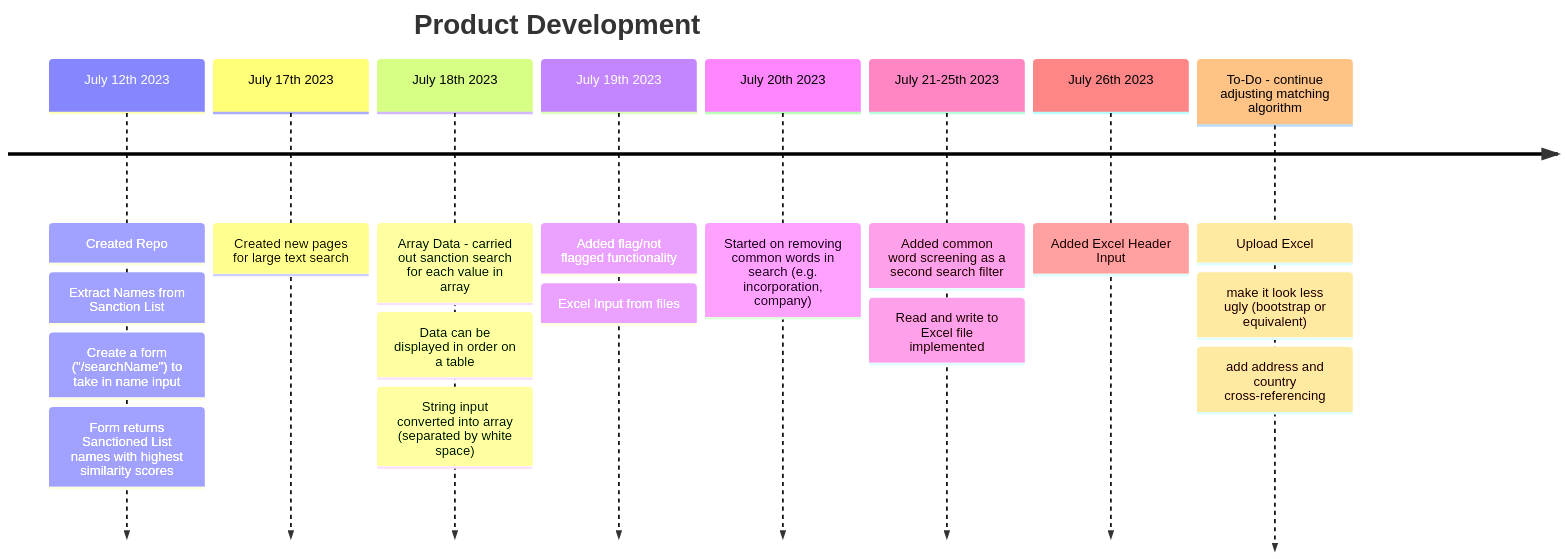
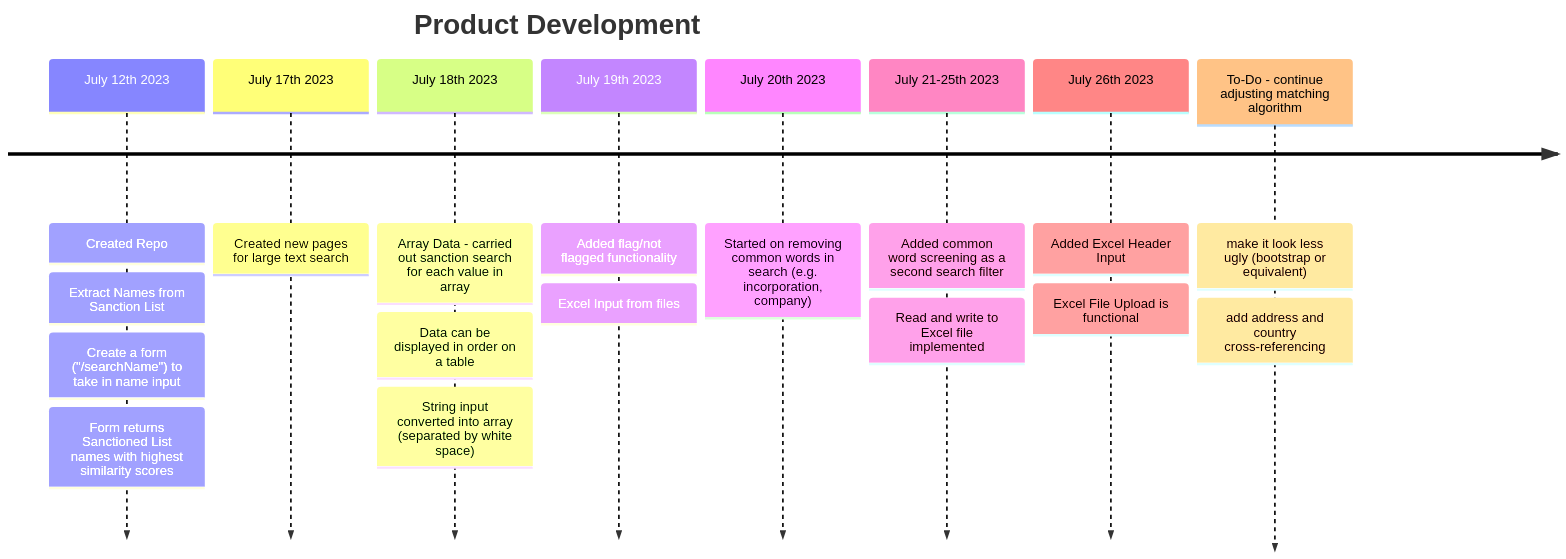
The diagram in README.md (james-csy/sanctionlistchecker), drawn with Mermaid before and after one commit.

````diff
--- a/README.md
+++ b/README.md
@@ -6,12 +6,12 @@
 ```mermaid
 timeline
     title Product Development
     July 12th 2023: Created Repo: Extract Names from Sanction List: Create a form ("/searchName") to take in name input: Form returns Sanctioned List names with highest similarity scores
     July 17th 2023: Created new pages for large text search
     July 18th 2023: Array Data - carried out sanction search for each value in array: Data can be displayed in order on a table: String input converted into array (separated by white space)
     July 19th 2023: Added flag/not flagged functionality: Excel Input from files
     July 20th 2023: Started on removing common words in search (e.g. incorporation, company)
     July 21-25th 2023: Added common word screening as a second search filter: Read and write to Excel file implemented
-    July 26th 2023: Added Excel Header Input
-    To-Do - continue adjusting matching algorithm: Upload Excel: make it look less ugly (bootstrap or equivalent): add address and country cross-referencing
+    July 26th 2023: Added Excel Header Input: Excel File Upload is functional
+    To-Do - continue adjusting matching algorithm: make it look less ugly (bootstrap or equivalent): add address and country cross-referencing
 ```
````
